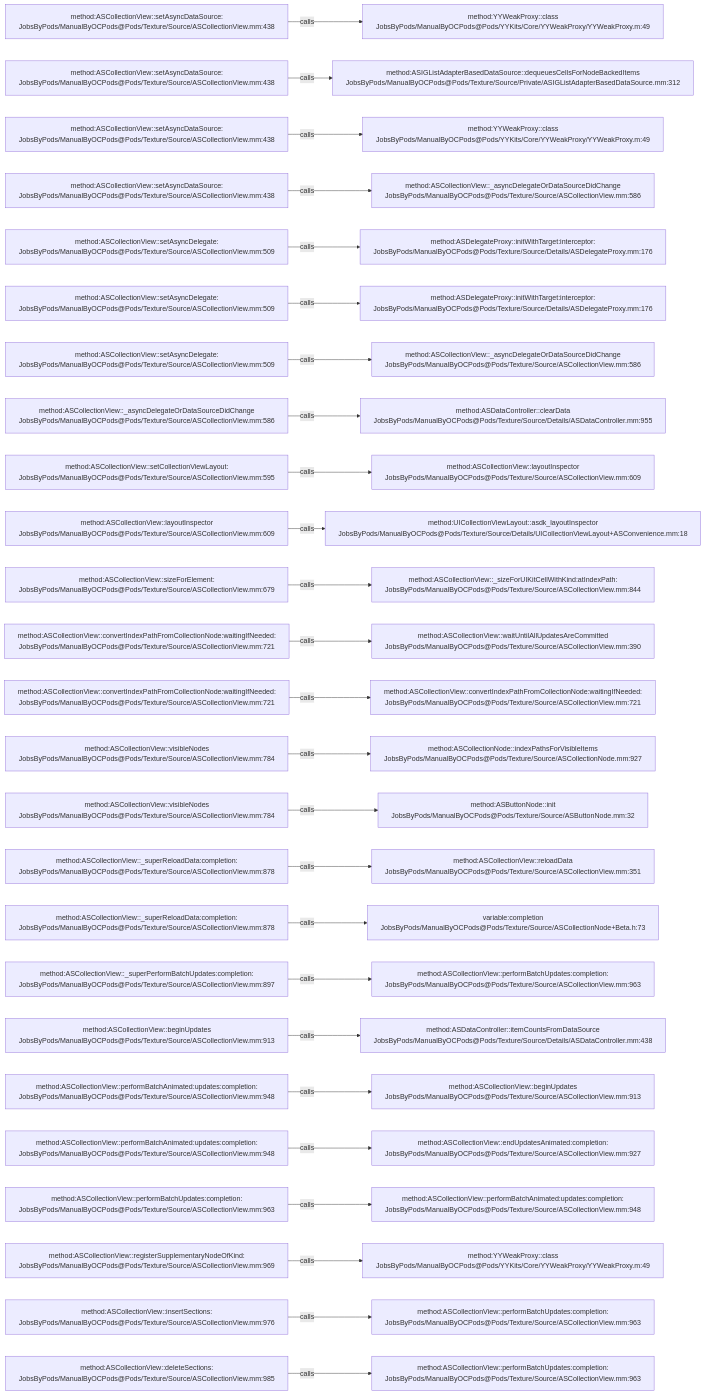
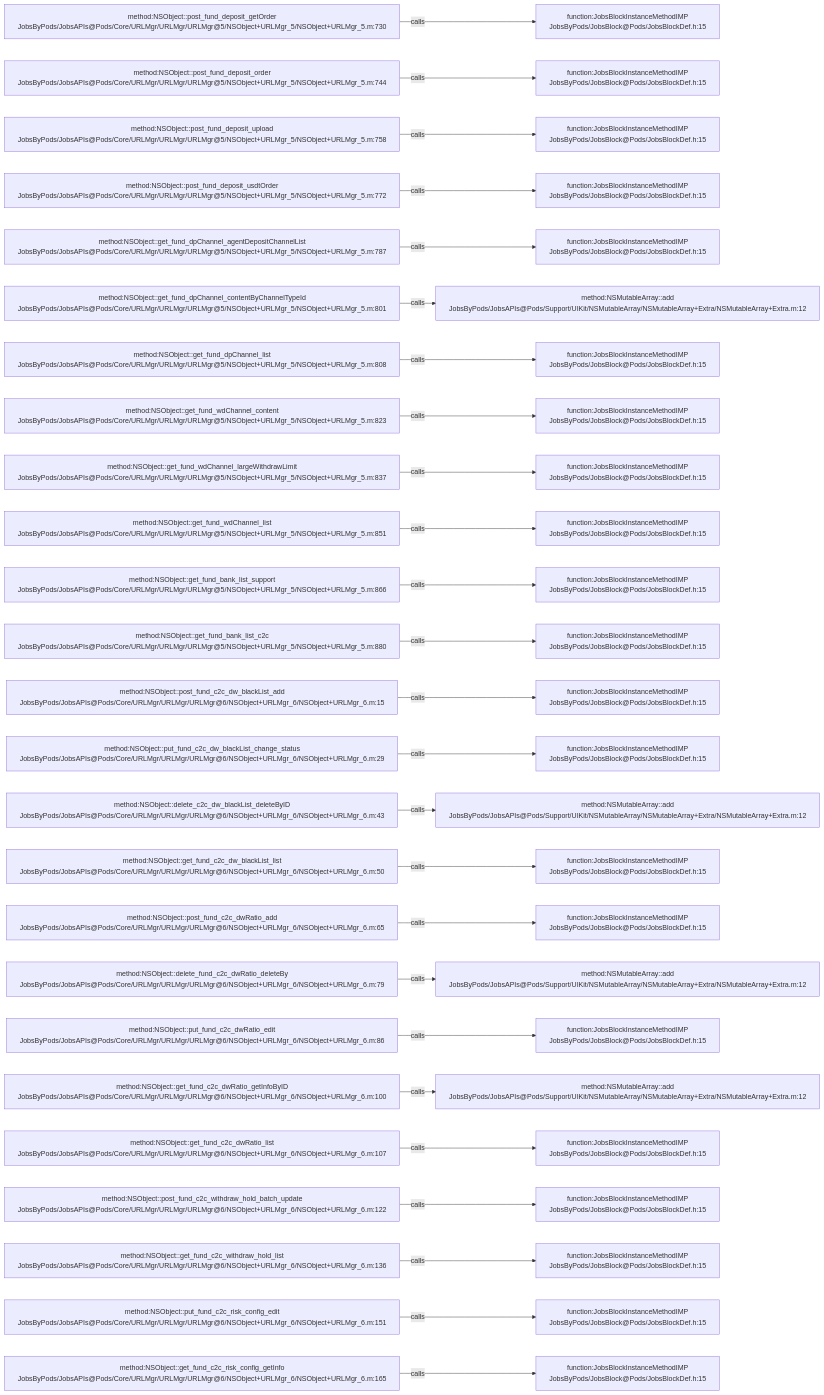
Before and after one commit to JobsKits/JobsOCBaseConfigDemo: the diagram in .codegraph/codegraph.md/graphs/calls-066.md, drawn with Mermaid. The commit also changed 768 other files, not shown here.

````diff
--- a/.codegraph/codegraph.md/graphs/calls-066.md
+++ b/.codegraph/codegraph.md/graphs/calls-066.md
@@ -13,78 +13,78 @@
 ```mermaid
 flowchart LR
-  S1["method:ASCollectionView::setAsyncDataSource:<br/>JobsByPods/ManualByOCPods@Pods/Texture/Source/ASCollectionView.mm:438"]
-  T1["method:YYWeakProxy::class<br/>JobsByPods/ManualByOCPods@Pods/YYKits/Core/YYWeakProxy/YYWeakProxy.m:49"]
+  S1["method:NSObject::post_fund_deposit_getOrder<br/>JobsByPods/JobsAPIs@Pods/Core/URLMgr/URLMgr/URLMgr@5/NSObject+URLMgr_5/NSObject+URLMgr_5.m:730"]
+  T1["function:JobsBlockInstanceMethodIMP<br/>JobsByPods/JobsBlock@Pods/JobsBlockDef.h:15"]
   S1 -->|calls| T1
-  S2["method:ASCollectionView::setAsyncDataSource:<br/>JobsByPods/ManualByOCPods@Pods/Texture/Source/ASCollectionView.mm:438"]
-  T2["method:ASIGListAdapterBasedDataSource::dequeuesCellsForNodeBackedItems<br/>JobsByPods/ManualByOCPods@Pods/Texture/Source/Private/ASIGListAdapterBasedDataSource.mm:312"]
+  S2["method:NSObject::post_fund_deposit_order<br/>JobsByPods/JobsAPIs@Pods/Core/URLMgr/URLMgr/URLMgr@5/NSObject+URLMgr_5/NSObject+URLMgr_5.m:744"]
+  T2["function:JobsBlockInstanceMethodIMP<br/>JobsByPods/JobsBlock@Pods/JobsBlockDef.h:15"]
   S2 -->|calls| T2
-  S3["method:ASCollectionView::setAsyncDataSource:<br/>JobsByPods/ManualByOCPods@Pods/Texture/Source/ASCollectionView.mm:438"]
-  T3["method:YYWeakProxy::class<br/>JobsByPods/ManualByOCPods@Pods/YYKits/Core/YYWeakProxy/YYWeakProxy.m:49"]
+  S3["method:NSObject::post_fund_deposit_upload<br/>JobsByPods/JobsAPIs@Pods/Core/URLMgr/URLMgr/URLMgr@5/NSObject+URLMgr_5/NSObject+URLMgr_5.m:758"]
+  T3["function:JobsBlockInstanceMethodIMP<br/>JobsByPods/JobsBlock@Pods/JobsBlockDef.h:15"]
   S3 -->|calls| T3
-  S4["method:ASCollectionView::setAsyncDataSource:<br/>JobsByPods/ManualByOCPods@Pods/Texture/Source/ASCollectionView.mm:438"]
-  T4["method:ASCollectionView::_asyncDelegateOrDataSourceDidChange<br/>JobsByPods/ManualByOCPods@Pods/Texture/Source/ASCollectionView.mm:586"]
+  S4["method:NSObject::post_fund_deposit_usdtOrder<br/>JobsByPods/JobsAPIs@Pods/Core/URLMgr/URLMgr/URLMgr@5/NSObject+URLMgr_5/NSObject+URLMgr_5.m:772"]
+  T4["function:JobsBlockInstanceMethodIMP<br/>JobsByPods/JobsBlock@Pods/JobsBlockDef.h:15"]
   S4 -->|calls| T4
-  S5["method:ASCollectionView::setAsyncDelegate:<br/>JobsByPods/ManualByOCPods@Pods/Texture/Source/ASCollectionView.mm:509"]
-  T5["method:ASDelegateProxy::initWithTarget:interceptor:<br/>JobsByPods/ManualByOCPods@Pods/Texture/Source/Details/ASDelegateProxy.mm:176"]
+  S5["method:NSObject::get_fund_dpChannel_agentDepositChannelList<br/>JobsByPods/JobsAPIs@Pods/Core/URLMgr/URLMgr/URLMgr@5/NSObject+URLMgr_5/NSObject+URLMgr_5.m:787"]
+  T5["function:JobsBlockInstanceMethodIMP<br/>JobsByPods/JobsBlock@Pods/JobsBlockDef.h:15"]
   S5 -->|calls| T5
-  S6["method:ASCollectionView::setAsyncDelegate:<br/>JobsByPods/ManualByOCPods@Pods/Texture/Source/ASCollectionView.mm:509"]
-  T6["method:ASDelegateProxy::initWithTarget:interceptor:<br/>JobsByPods/ManualByOCPods@Pods/Texture/Source/Details/ASDelegateProxy.mm:176"]
+  S6["method:NSObject::get_fund_dpChannel_contentByChannelTypeId<br/>JobsByPods/JobsAPIs@Pods/Core/URLMgr/URLMgr/URLMgr@5/NSObject+URLMgr_5/NSObject+URLMgr_5.m:801"]
+  T6["method:NSMutableArray::add<br/>JobsByPods/JobsAPIs@Pods/Support/UIKit/NSMutableArray/NSMutableArray+Extra/NSMutableArray+Extra.m:12"]
   S6 -->|calls| T6
-  S7["method:ASCollectionView::setAsyncDelegate:<br/>JobsByPods/ManualByOCPods@Pods/Texture/Source/ASCollectionView.mm:509"]
-  T7["method:ASCollectionView::_asyncDelegateOrDataSourceDidChange<br/>JobsByPods/ManualByOCPods@Pods/Texture/Source/ASCollectionView.mm:586"]
+  S7["method:NSObject::get_fund_dpChannel_list<br/>JobsByPods/JobsAPIs@Pods/Core/URLMgr/URLMgr/URLMgr@5/NSObject+URLMgr_5/NSObject+URLMgr_5.m:808"]
+  T7["function:JobsBlockInstanceMethodIMP<br/>JobsByPods/JobsBlock@Pods/JobsBlockDef.h:15"]
   S7 -->|calls| T7
-  S8["method:ASCollectionView::_asyncDelegateOrDataSourceDidChange<br/>JobsByPods/ManualByOCPods@Pods/Texture/Source/ASCollectionView.mm:586"]
-  T8["method:ASDataController::clearData<br/>JobsByPods/ManualByOCPods@Pods/Texture/Source/Details/ASDataController.mm:955"]
+  S8["method:NSObject::get_fund_wdChannel_content<br/>JobsByPods/JobsAPIs@Pods/Core/URLMgr/URLMgr/URLMgr@5/NSObject+URLMgr_5/NSObject+URLMgr_5.m:823"]
+  T8["function:JobsBlockInstanceMethodIMP<br/>JobsByPods/JobsBlock@Pods/JobsBlockDef.h:15"]
   S8 -->|calls| T8
-  S9["method:ASCollectionView::setCollectionViewLayout:<br/>JobsByPods/ManualByOCPods@Pods/Texture/Source/ASCollectionView.mm:595"]
-  T9["method:ASCollectionView::layoutInspector<br/>JobsByPods/ManualByOCPods@Pods/Texture/Source/ASCollectionView.mm:609"]
+  S9["method:NSObject::get_fund_wdChannel_largeWithdrawLimit<br/>JobsByPods/JobsAPIs@Pods/Core/URLMgr/URLMgr/URLMgr@5/NSObject+URLMgr_5/NSObject+URLMgr_5.m:837"]
+  T9["function:JobsBlockInstanceMethodIMP<br/>JobsByPods/JobsBlock@Pods/JobsBlockDef.h:15"]
   S9 -->|calls| T9
-  S10["method:ASCollectionView::layoutInspector<br/>JobsByPods/ManualByOCPods@Pods/Texture/Source/ASCollectionView.mm:609"]
-  T10["method:UICollectionViewLayout::asdk_layoutInspector<br/>JobsByPods/ManualByOCPods@Pods/Texture/Source/Details/UICollectionViewLayout+ASConvenience.mm:18"]
+  S10["method:NSObject::get_fund_wdChannel_list<br/>JobsByPods/JobsAPIs@Pods/Core/URLMgr/URLMgr/URLMgr@5/NSObject+URLMgr_5/NSObject+URLMgr_5.m:851"]
+  T10["function:JobsBlockInstanceMethodIMP<br/>JobsByPods/JobsBlock@Pods/JobsBlockDef.h:15"]
   S10 -->|calls| T10
-  S11["method:ASCollectionView::sizeForElement:<br/>JobsByPods/ManualByOCPods@Pods/Texture/Source/ASCollectionView.mm:679"]
-  T11["method:ASCollectionView::_sizeForUIKitCellWithKind:atIndexPath:<br/>JobsByPods/ManualByOCPods@Pods/Texture/Source/ASCollectionView.mm:844"]
+  S11["method:NSObject::get_fund_bank_list_support<br/>JobsByPods/JobsAPIs@Pods/Core/URLMgr/URLMgr/URLMgr@5/NSObject+URLMgr_5/NSObject+URLMgr_5.m:866"]
+  T11["function:JobsBlockInstanceMethodIMP<br/>JobsByPods/JobsBlock@Pods/JobsBlockDef.h:15"]
   S11 -->|calls| T11
-  S12["method:ASCollectionView::convertIndexPathFromCollectionNode:waitingIfNeeded:<br/>JobsByPods/ManualByOCPods@Pods/Texture/Source/ASCollectionView.mm:721"]
-  T12["method:ASCollectionView::waitUntilAllUpdatesAreCommitted<br/>JobsByPods/ManualByOCPods@Pods/Texture/Source/ASCollectionView.mm:390"]
+  S12["method:NSObject::get_fund_bank_list_c2c<br/>JobsByPods/JobsAPIs@Pods/Core/URLMgr/URLMgr/URLMgr@5/NSObject+URLMgr_5/NSObject+URLMgr_5.m:880"]
+  T12["function:JobsBlockInstanceMethodIMP<br/>JobsByPods/JobsBlock@Pods/JobsBlockDef.h:15"]
   S12 -->|calls| T12
-  S13["method:ASCollectionView::convertIndexPathFromCollectionNode:waitingIfNeeded:<br/>JobsByPods/ManualByOCPods@Pods/Texture/Source/ASCollectionView.mm:721"]
-  T13["method:ASCollectionView::convertIndexPathFromCollectionNode:waitingIfNeeded:<br/>JobsByPods/ManualByOCPods@Pods/Texture/Source/ASCollectionView.mm:721"]
+  S13["method:NSObject::post_fund_c2c_dw_blackList_add<br/>JobsByPods/JobsAPIs@Pods/Core/URLMgr/URLMgr/URLMgr@6/NSObject+URLMgr_6/NSObject+URLMgr_6.m:15"]
+  T13["function:JobsBlockInstanceMethodIMP<br/>JobsByPods/JobsBlock@Pods/JobsBlockDef.h:15"]
   S13 -->|calls| T13
-  S14["method:ASCollectionView::visibleNodes<br/>JobsByPods/ManualByOCPods@Pods/Texture/Source/ASCollectionView.mm:784"]
-  T14["method:ASCollectionNode::indexPathsForVisibleItems<br/>JobsByPods/ManualByOCPods@Pods/Texture/Source/ASCollectionNode.mm:927"]
+  S14["method:NSObject::put_fund_c2c_dw_blackList_change_status<br/>JobsByPods/JobsAPIs@Pods/Core/URLMgr/URLMgr/URLMgr@6/NSObject+URLMgr_6/NSObject+URLMgr_6.m:29"]
+  T14["function:JobsBlockInstanceMethodIMP<br/>JobsByPods/JobsBlock@Pods/JobsBlockDef.h:15"]
   S14 -->|calls| T14
-  S15["method:ASCollectionView::visibleNodes<br/>JobsByPods/ManualByOCPods@Pods/Texture/Source/ASCollectionView.mm:784"]
-  T15["method:ASButtonNode::init<br/>JobsByPods/ManualByOCPods@Pods/Texture/Source/ASButtonNode.mm:32"]
+  S15["method:NSObject::delete_c2c_dw_blackList_deleteByID<br/>JobsByPods/JobsAPIs@Pods/Core/URLMgr/URLMgr/URLMgr@6/NSObject+URLMgr_6/NSObject+URLMgr_6.m:43"]
+  T15["method:NSMutableArray::add<br/>JobsByPods/JobsAPIs@Pods/Support/UIKit/NSMutableArray/NSMutableArray+Extra/NSMutableArray+Extra.m:12"]
   S15 -->|calls| T15
-  S16["method:ASCollectionView::_superReloadData:completion:<br/>JobsByPods/ManualByOCPods@Pods/Texture/Source/ASCollectionView.mm:878"]
-  T16["method:ASCollectionView::reloadData<br/>JobsByPods/ManualByOCPods@Pods/Texture/Source/ASCollectionView.mm:351"]
+  S16["method:NSObject::get_fund_c2c_dw_blackList_list<br/>JobsByPods/JobsAPIs@Pods/Core/URLMgr/URLMgr/URLMgr@6/NSObject+URLMgr_6/NSObject+URLMgr_6.m:50"]
+  T16["function:JobsBlockInstanceMethodIMP<br/>JobsByPods/JobsBlock@Pods/JobsBlockDef.h:15"]
   S16 -->|calls| T16
-  S17["method:ASCollectionView::_superReloadData:completion:<br/>JobsByPods/ManualByOCPods@Pods/Texture/Source/ASCollectionView.mm:878"]
-  T17["variable:completion<br/>JobsByPods/ManualByOCPods@Pods/Texture/Source/ASCollectionNode+Beta.h:73"]
+  S17["method:NSObject::post_fund_c2c_dwRatio_add<br/>JobsByPods/JobsAPIs@Pods/Core/URLMgr/URLMgr/URLMgr@6/NSObject+URLMgr_6/NSObject+URLMgr_6.m:65"]
+  T17["function:JobsBlockInstanceMethodIMP<br/>JobsByPods/JobsBlock@Pods/JobsBlockDef.h:15"]
   S17 -->|calls| T17
-  S18["method:ASCollectionView::_superPerformBatchUpdates:completion:<br/>JobsByPods/ManualByOCPods@Pods/Texture/Source/ASCollectionView.mm:897"]
-  T18["method:ASCollectionView::performBatchUpdates:completion:<br/>JobsByPods/ManualByOCPods@Pods/Texture/Source/ASCollectionView.mm:963"]
+  S18["method:NSObject::delete_fund_c2c_dwRatio_deleteBy<br/>JobsByPods/JobsAPIs@Pods/Core/URLMgr/URLMgr/URLMgr@6/NSObject+URLMgr_6/NSObject+URLMgr_6.m:79"]
+  T18["method:NSMutableArray::add<br/>JobsByPods/JobsAPIs@Pods/Support/UIKit/NSMutableArray/NSMutableArray+Extra/NSMutableArray+Extra.m:12"]
   S18 -->|calls| T18
-  S19["method:ASCollectionView::beginUpdates<br/>JobsByPods/ManualByOCPods@Pods/Texture/Source/ASCollectionView.mm:913"]
-  T19["method:ASDataController::itemCountsFromDataSource<br/>JobsByPods/ManualByOCPods@Pods/Texture/Source/Details/ASDataController.mm:438"]
+  S19["method:NSObject::put_fund_c2c_dwRatio_edit<br/>JobsByPods/JobsAPIs@Pods/Core/URLMgr/URLMgr/URLMgr@6/NSObject+URLMgr_6/NSObject+URLMgr_6.m:86"]
+  T19["function:JobsBlockInstanceMethodIMP<br/>JobsByPods/JobsBlock@Pods/JobsBlockDef.h:15"]
   S19 -->|calls| T19
-  S20["method:ASCollectionView::performBatchAnimated:updates:completion:<br/>JobsByPods/ManualByOCPods@Pods/Texture/Source/ASCollectionView.mm:948"]
-  T20["method:ASCollectionView::beginUpdates<br/>JobsByPods/ManualByOCPods@Pods/Texture/Source/ASCollectionView.mm:913"]
+  S20["method:NSObject::get_fund_c2c_dwRatio_getInfoByID<br/>JobsByPods/JobsAPIs@Pods/Core/URLMgr/URLMgr/URLMgr@6/NSObject+URLMgr_6/NSObject+URLMgr_6.m:100"]
+  T20["method:NSMutableArray::add<br/>JobsByPods/JobsAPIs@Pods/Support/UIKit/NSMutableArray/NSMutableArray+Extra/NSMutableArray+Extra.m:12"]
   S20 -->|calls| T20
-  S21["method:ASCollectionView::performBatchAnimated:updates:completion:<br/>JobsByPods/ManualByOCPods@Pods/Texture/Source/ASCollectionView.mm:948"]
-  T21["method:ASCollectionView::endUpdatesAnimated:completion:<br/>JobsByPods/ManualByOCPods@Pods/Texture/Source/ASCollectionView.mm:927"]
+  S21["method:NSObject::get_fund_c2c_dwRatio_list<br/>JobsByPods/JobsAPIs@Pods/Core/URLMgr/URLMgr/URLMgr@6/NSObject+URLMgr_6/NSObject+URLMgr_6.m:107"]
+  T21["function:JobsBlockInstanceMethodIMP<br/>JobsByPods/JobsBlock@Pods/JobsBlockDef.h:15"]
   S21 -->|calls| T21
-  S22["method:ASCollectionView::performBatchUpdates:completion:<br/>JobsByPods/ManualByOCPods@Pods/Texture/Source/ASCollectionView.mm:963"]
-  T22["method:ASCollectionView::performBatchAnimated:updates:completion:<br/>JobsByPods/ManualByOCPods@Pods/Texture/Source/ASCollectionView.mm:948"]
+  S22["method:NSObject::post_fund_c2c_withdraw_hold_batch_update<br/>JobsByPods/JobsAPIs@Pods/Core/URLMgr/URLMgr/URLMgr@6/NSObject+URLMgr_6/NSObject+URLMgr_6.m:122"]
+  T22["function:JobsBlockInstanceMethodIMP<br/>JobsByPods/JobsBlock@Pods/JobsBlockDef.h:15"]
   S22 -->|calls| T22
-  S23["method:ASCollectionView::registerSupplementaryNodeOfKind:<br/>JobsByPods/ManualByOCPods@Pods/Texture/Source/ASCollectionView.mm:969"]
-  T23["method:YYWeakProxy::class<br/>JobsByPods/ManualByOCPods@Pods/YYKits/Core/YYWeakProxy/YYWeakProxy.m:49"]
+  S23["method:NSObject::get_fund_c2c_withdraw_hold_list<br/>JobsByPods/JobsAPIs@Pods/Core/URLMgr/URLMgr/URLMgr@6/NSObject+URLMgr_6/NSObject+URLMgr_6.m:136"]
+  T23["function:JobsBlockInstanceMethodIMP<br/>JobsByPods/JobsBlock@Pods/JobsBlockDef.h:15"]
   S23 -->|calls| T23
-  S24["method:ASCollectionView::insertSections:<br/>JobsByPods/ManualByOCPods@Pods/Texture/Source/ASCollectionView.mm:976"]
-  T24["method:ASCollectionView::performBatchUpdates:completion:<br/>JobsByPods/ManualByOCPods@Pods/Texture/Source/ASCollectionView.mm:963"]
+  S24["method:NSObject::put_fund_c2c_risk_config_edit<br/>JobsByPods/JobsAPIs@Pods/Core/URLMgr/URLMgr/URLMgr@6/NSObject+URLMgr_6/NSObject+URLMgr_6.m:151"]
+  T24["function:JobsBlockInstanceMethodIMP<br/>JobsByPods/JobsBlock@Pods/JobsBlockDef.h:15"]
   S24 -->|calls| T24
-  S25["method:ASCollectionView::deleteSections:<br/>JobsByPods/ManualByOCPods@Pods/Texture/Source/ASCollectionView.mm:985"]
-  T25["method:ASCollectionView::performBatchUpdates:completion:<br/>JobsByPods/ManualByOCPods@Pods/Texture/Source/ASCollectionView.mm:963"]
+  S25["method:NSObject::get_fund_c2c_risk_config_getInfo<br/>JobsByPods/JobsAPIs@Pods/Core/URLMgr/URLMgr/URLMgr@6/NSObject+URLMgr_6/NSObject+URLMgr_6.m:165"]
+  T25["function:JobsBlockInstanceMethodIMP<br/>JobsByPods/JobsBlock@Pods/JobsBlockDef.h:15"]
   S25 -->|calls| T25
 ```
````
